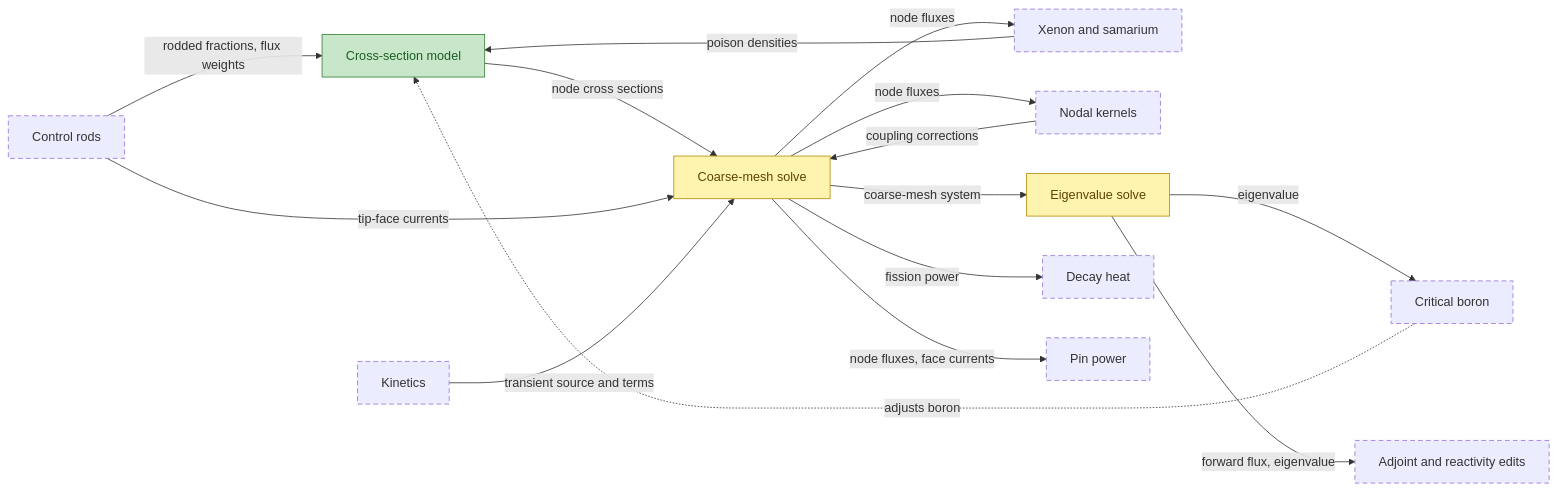
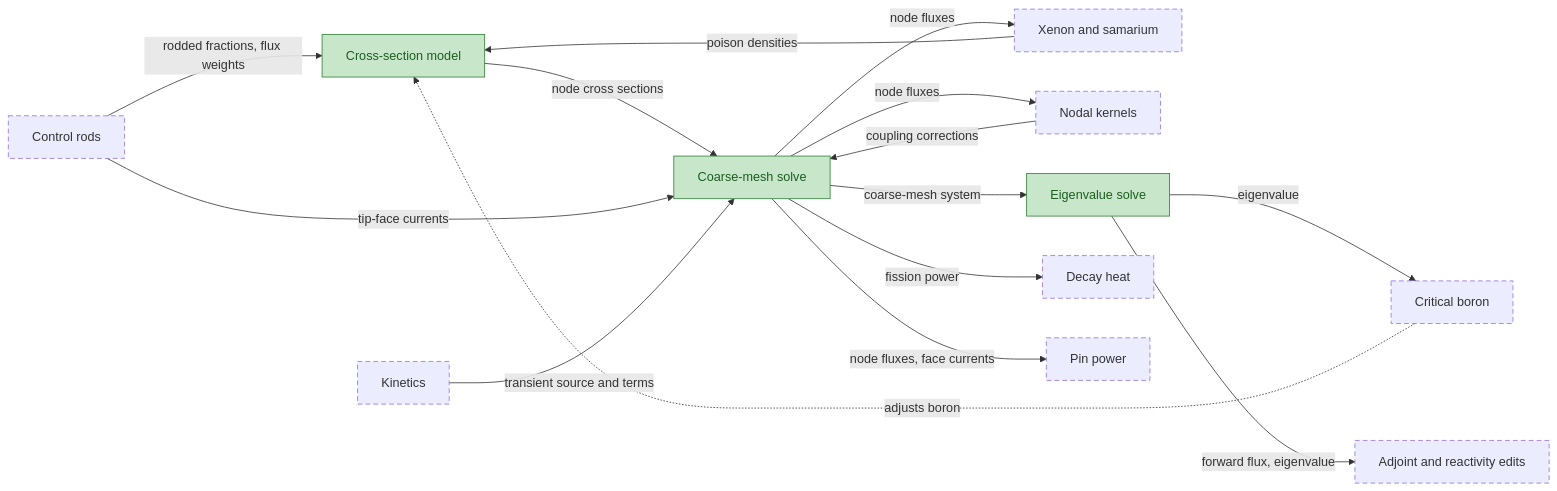
The fifth of 16 diagrams in Planning/DBC/CONCEPTS.md (aurja130/URUS), drawn with Mermaid before and after one commit. The commit also changed other lines of this file and 19 other files, not shown here.

````diff
--- a/Planning/DBC/CONCEPTS.md
+++ b/Planning/DBC/CONCEPTS.md
@@ -134,24 +134,23 @@
 ```mermaid
 flowchart LR
 classDef implemented fill:#c8e6c9,stroke:#2e7d32,color:#1b5e20
 classDef partial fill:#fff3b0,stroke:#b58900,color:#5c4400
 classDef planned stroke-dasharray:6 4
 classDef external fill:#eeeeee,stroke:#9e9e9e,stroke-dasharray:1 3,color:#616161
 ControlRods["Control rods"] -->|rodded fractions, flux weights| CrossSectionModel["Cross-section model"]
 XenonSamarium["Xenon and samarium"] -->|poison densities| CrossSectionModel
 CrossSectionModel -->|node cross sections| CmfdSolve["Coarse-mesh solve"]
 NodalKernels["Nodal kernels"] -->|coupling corrections| CmfdSolve
 CmfdSolve -->|node fluxes| NodalKernels
 ControlRods -->|tip-face currents| CmfdSolve
 CmfdSolve -->|coarse-mesh system| EigenvalueSolve["Eigenvalue solve"]
 EigenvalueSolve -->|eigenvalue| CriticalBoron["Critical boron"]
 CriticalBoron -.->|adjusts boron| CrossSectionModel
 EigenvalueSolve -->|forward flux, eigenvalue| AdjointEdits["Adjoint and reactivity edits"]
 Kinetics["Kinetics"] -->|transient source and terms| CmfdSolve
 CmfdSolve -->|node fluxes| XenonSamarium
 CmfdSolve -->|fission power| DecayHeat["Decay heat"]
 CmfdSolve -->|node fluxes, face currents| PinPower["Pin power"]
 class ControlRods,XenonSamarium,NodalKernels,CriticalBoron,AdjointEdits,Kinetics,DecayHeat,PinPower planned
-class CrossSectionModel implemented
-class CmfdSolve,EigenvalueSolve partial
+class CrossSectionModel,CmfdSolve,EigenvalueSolve implemented
 ```
````
